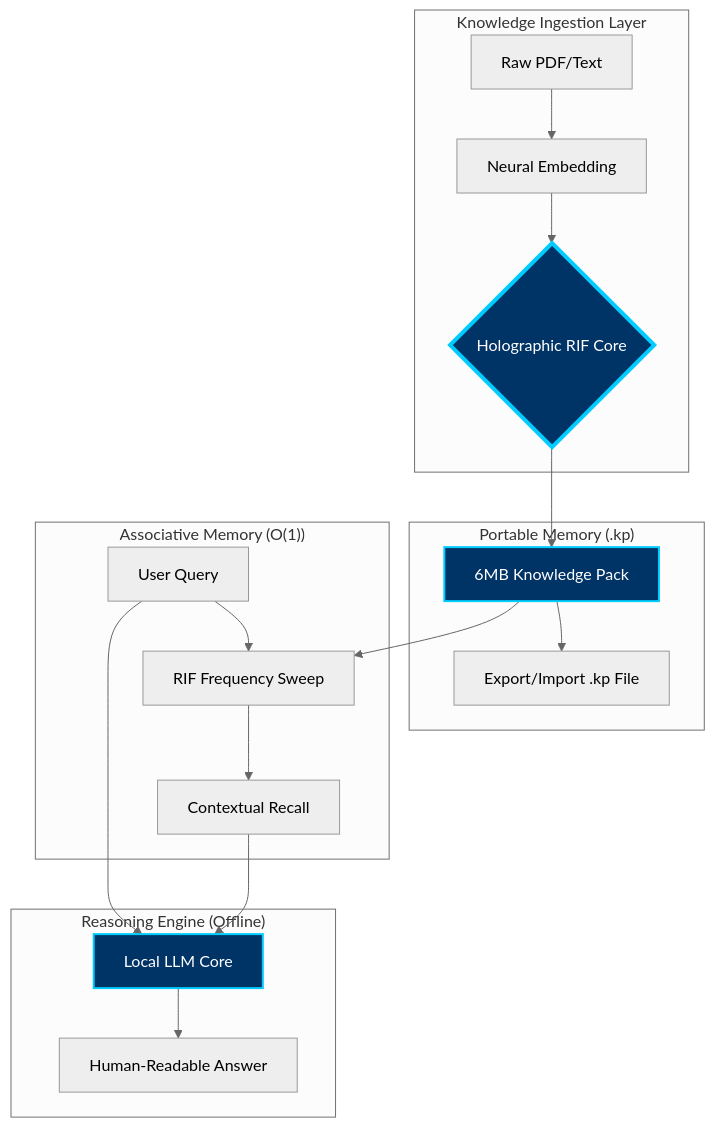
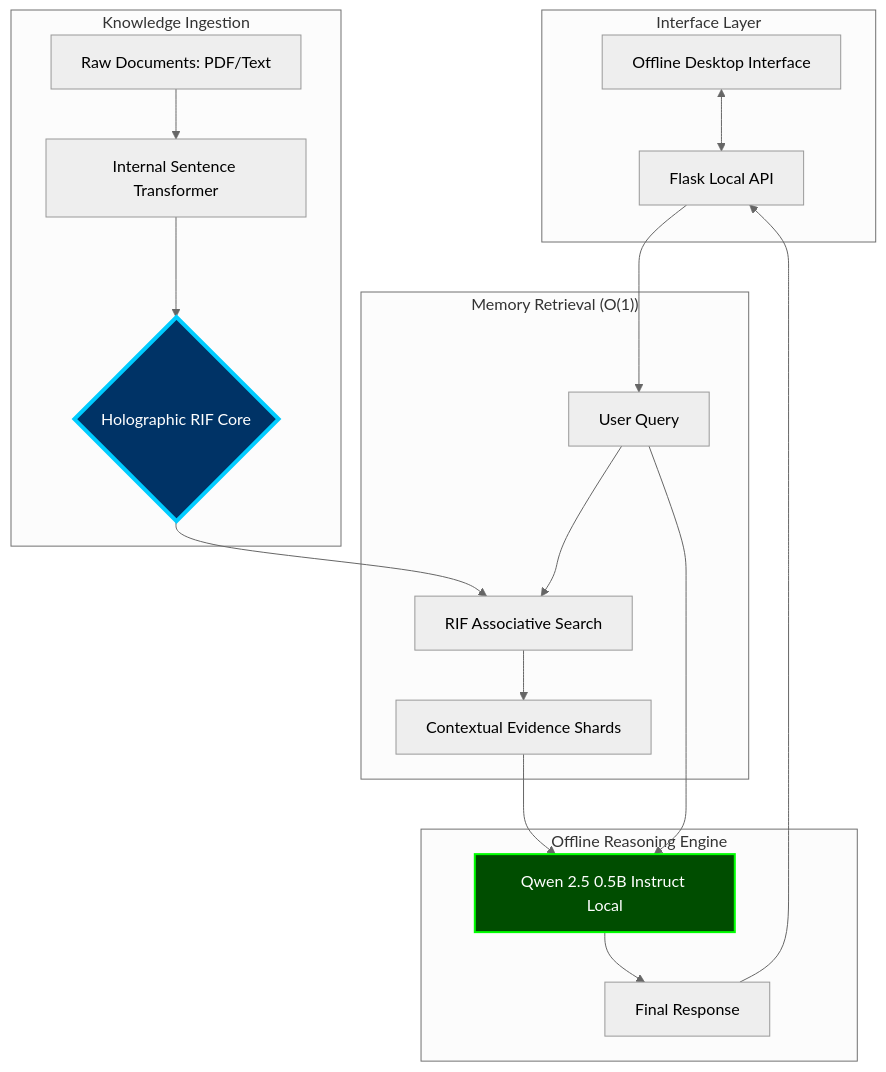
Before and after one commit to maduperera/Kalpana-Desktop: the diagram in README.md, drawn with Mermaid (neutral theme). The commit also changed other lines of this file, not shown here.

Commit message:
Update README: Add Windows installation instructions and update to new Offline-Core Architecture diagram

````diff
--- a/README.md
+++ b/README.md
@@ -14,28 +14,29 @@
 ```mermaid
 graph TD
-    subgraph "Knowledge Ingestion Layer"
-        A[Raw PDF/Text] --> B[Neural Embedding]
+    subgraph "Interface Layer"
+        J[Offline Desktop Interface] <--> I[Flask Local API]
+    end
+
+    subgraph "Knowledge Ingestion"
+        A[Raw Documents: PDF/Text] --> B[Internal Sentence Transformer]
         B --> C{Holographic RIF Core}
     end
 
-    subgraph "Portable Memory (.kp)"
-        C --> D["6MB Knowledge Pack"]
-        D --> E[Export/Import .kp File]
+    subgraph "Memory Retrieval (O(1))"
+        D[User Query] --> E[RIF Associative Search]
+        C --> E
+        E --> F[Contextual Evidence Shards]
     end
 
-    subgraph "Associative Memory (O(1))"
-        F[User Query] --> G[RIF Frequency Sweep]
+    subgraph "Offline Reasoning Engine"
+        F --> G[Qwen 2.5 0.5B Instruct Local]
         D --> G
-        G --> H[Contextual Recall]
+        G --> H[Final Response]
     end
 
-    subgraph "Reasoning Engine (Offline)"
-        H --> I[Local LLM Core]
-        F --> I
-        I --> J[Human-Readable Answer]
-    end
+    I --> D
+    H --> I
 
     style C fill:#003366,stroke:#00ccff,stroke-width:4px,color:#fff
-    style D fill:#003366,stroke:#00ccff,stroke-width:2px,color:#fff
-    style I fill:#003366,stroke:#00ccff,stroke-width:2px,color:#fff
+    style G fill:#004d00,stroke:#00ff00,stroke-width:2px,color:#fff
 ```
````
